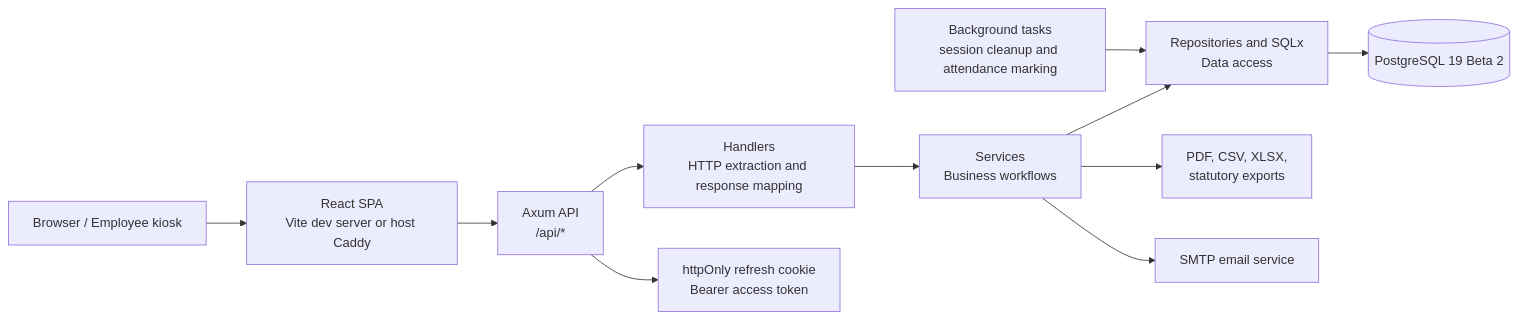
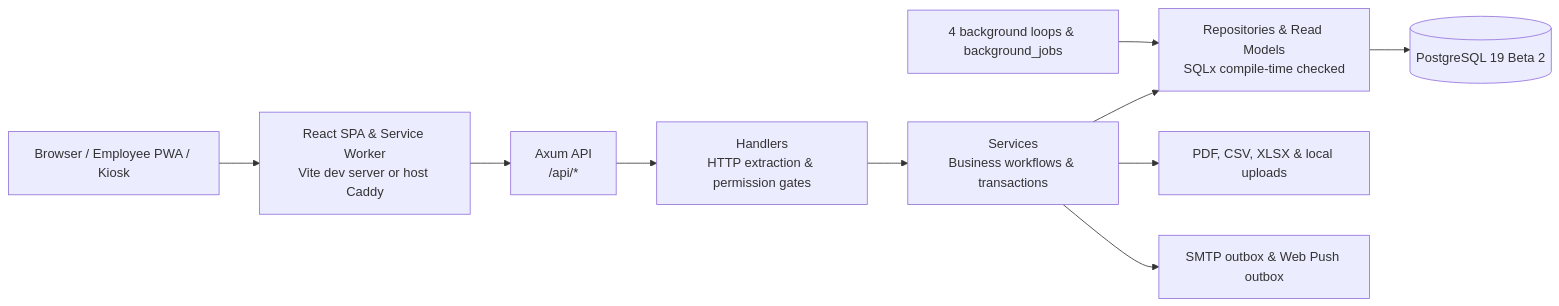
Before and after one commit to siewong007/payroll-system: the diagram in README.md, drawn with Mermaid. The commit also changed other lines of this file and 255 other files, not shown here.

Commit message:
feat(push,docs): add Web Push notifications, consolidate docs, and polish PWA UX

````diff
--- a/README.md
+++ b/README.md
@@ -71,13 +72,12 @@
 ```mermaid
 flowchart LR
-    Browser["Browser / Employee kiosk"] --> Frontend["React SPA\nVite dev server or host Caddy"]
+    Browser["Browser / Employee PWA / Kiosk"] --> Frontend["React SPA & Service Worker\nVite dev server or host Caddy"]
     Frontend --> Api["Axum API\n/api/*"]
-    Api --> Handlers["Handlers\nHTTP extraction and response mapping"]
-    Handlers --> Services["Services\nBusiness workflows"]
-    Services --> Repositories["Repositories and SQLx\nData access"]
+    Api --> Handlers["Handlers\nHTTP extraction & permission gates"]
+    Handlers --> Services["Services\nBusiness workflows & transactions"]
+    Services --> Repositories["Repositories & Read Models\nSQLx compile-time checked"]
     Repositories --> Postgres[("PostgreSQL 19 Beta 2")]
-    Services --> Exports["PDF, CSV, XLSX,\nstatutory exports"]
-    Services --> Email["SMTP email service"]
-    Api --> Cookies["httpOnly refresh cookie\nBearer access token"]
-    Background["Background tasks\nsession cleanup and attendance marking"] --> Repositories
+    Services --> Exports["PDF, CSV, XLSX & local uploads"]
+    Services --> Delivery["SMTP outbox & Web Push outbox"]
+    Background["4 background loops & background_jobs"] --> Repositories
 ```
````
